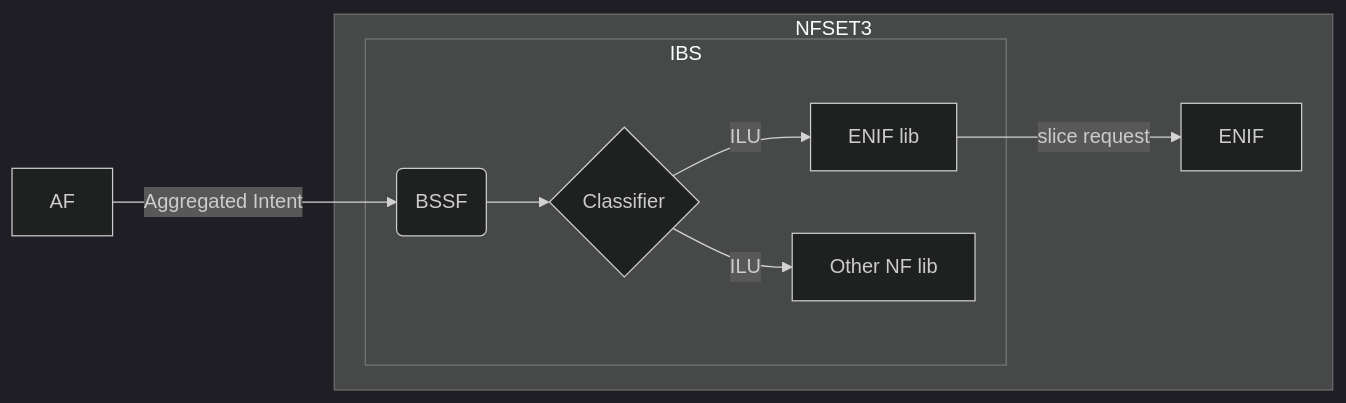
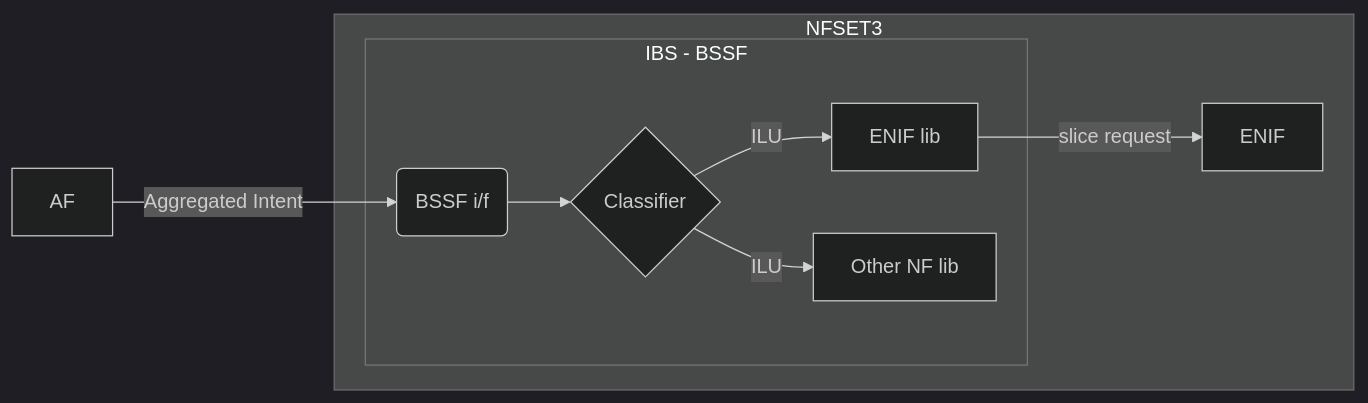
The diagram in README.md (Telefonica/intent_engine), drawn with Mermaid (dark theme) before and after one commit.

Commit message:
readme update

````diff
--- a/README.md
+++ b/README.md
@@ -108,14 +108,14 @@
 ```mermaid
 flowchart LR
 
-A[AF] -->|Aggregated Intent| B(BSSF)
+A[AF] -->|Aggregated Intent| B(BSSF i/f)
 
 subgraph NFSET3
-subgraph IBS
+subgraph IBS - BSSF
 B --> C{Classifier}
 	C -->|ILU| D[ENIF lib]
 	C -->|ILU| E[Other NF lib]
 end
 D -->|slice request| F[ENIF]
 end
 ```
````
